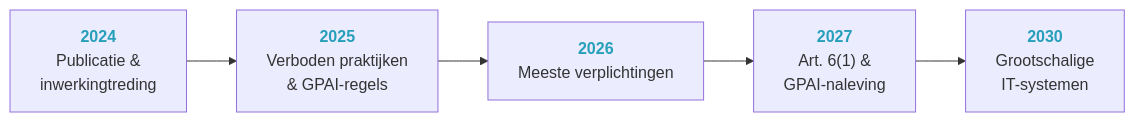
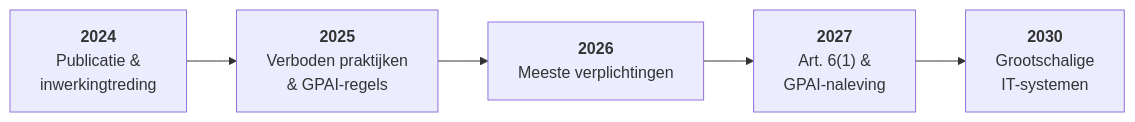
Before and after one commit to BitrootNL/BitRoot-AI-Visuals: the diagram in mermaid/eu_ai_act_timeline_NL.md, drawn with Mermaid. The commit also changed 1 other file, not shown here.

Commit message:
consistentere styling ipv harcoding

````diff
--- a/mermaid/eu_ai_act_timeline_NL.md
+++ b/mermaid/eu_ai_act_timeline_NL.md
@@ -9,7 +9,7 @@
 ```mermaid
 flowchart LR
-    A["<b style='color:#269FBA'>2024</b><br>Publicatie &<br>inwerkingtreding"] --> B["<b style='color:#269FBA'>2025</b><br>Verboden praktijken<br>& GPAI-regels"]
-    B --> C["<b style='color:#269FBA'>2026</b><br>Meeste verplichtingen"]
-    C --> D["<b style='color:#269FBA'>2027</b><br>Art. 6(1) &<br>GPAI-naleving"]
-    D --> E["<b style='color:#269FBA'>2030</b><br>Grootschalige<br>IT-systemen"]
+    A["<b class='hl'>2024</b><br>Publicatie &<br>inwerkingtreding"] --> B["<b class='hl'>2025</b><br>Verboden praktijken<br>& GPAI-regels"]
+    B --> C["<b class='hl'>2026</b><br>Meeste verplichtingen"]
+    C --> D["<b class='hl'>2027</b><br>Art. 6(1) &<br>GPAI-naleving"]
+    D --> E["<b class='hl'>2030</b><br>Grootschalige<br>IT-systemen"]
 ```
````
